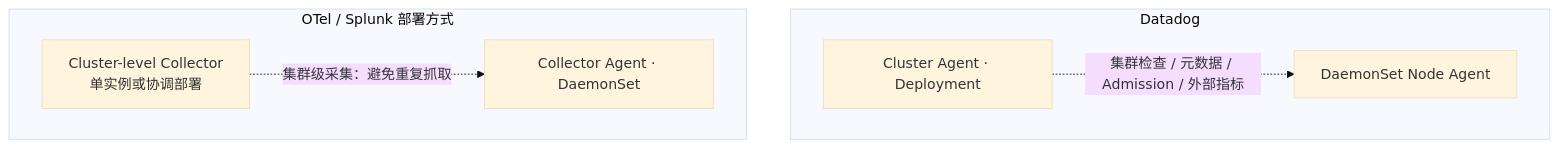
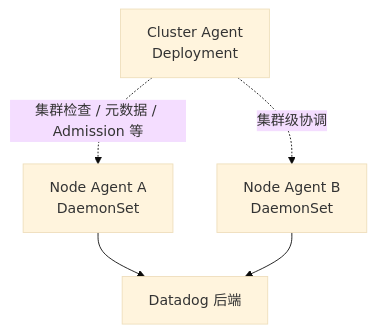
The fifth of 6 diagrams in docs/comparisons/datadog-agent-vs-otel-collector-daemonset.md (XiaoWeiKIN/Observability-Fieldnotes), drawn with Mermaid (base theme) before and after one commit. The commit also changed other lines of this file, not shown here.

Commit message:
docs(comparisons): rewrite Datadog and OTel Collector deployment comparison for readers

````diff
--- a/docs/comparisons/datadog-agent-vs-otel-collector-daemonset.md
+++ b/docs/comparisons/datadog-agent-vs-otel-collector-daemonset.md
@@ -142,13 +109,8 @@
-```mermaid
+~~~mermaid
 flowchart TB
-    subgraph DD["Datadog"]
-        D1["DaemonSet Node Agent"]
-        D2["Cluster Agent · Deployment"]
-        D2 -. "集群检查 / 元数据 / Admission / 外部指标" .-> D1
-    end
-    subgraph OT["OTel / Splunk 部署方式"]
-        O1["Collector Agent · DaemonSet"]
-        O2["Cluster-level Collector<br/>单实例或协调部署"]
-        O2 -. "集群级采集：避免重复抓取" .-> O1
-    end
-```
+    C["Cluster Agent<br/>Deployment"]
+    C -. "集群检查 / 元数据 / Admission 等" .-> A["Node Agent A<br/>DaemonSet"]
+    C -. "集群级协调" .-> B["Node Agent B<br/>DaemonSet"]
+    A --> D["Datadog 后端"]
+    B --> D
+~~~
````
